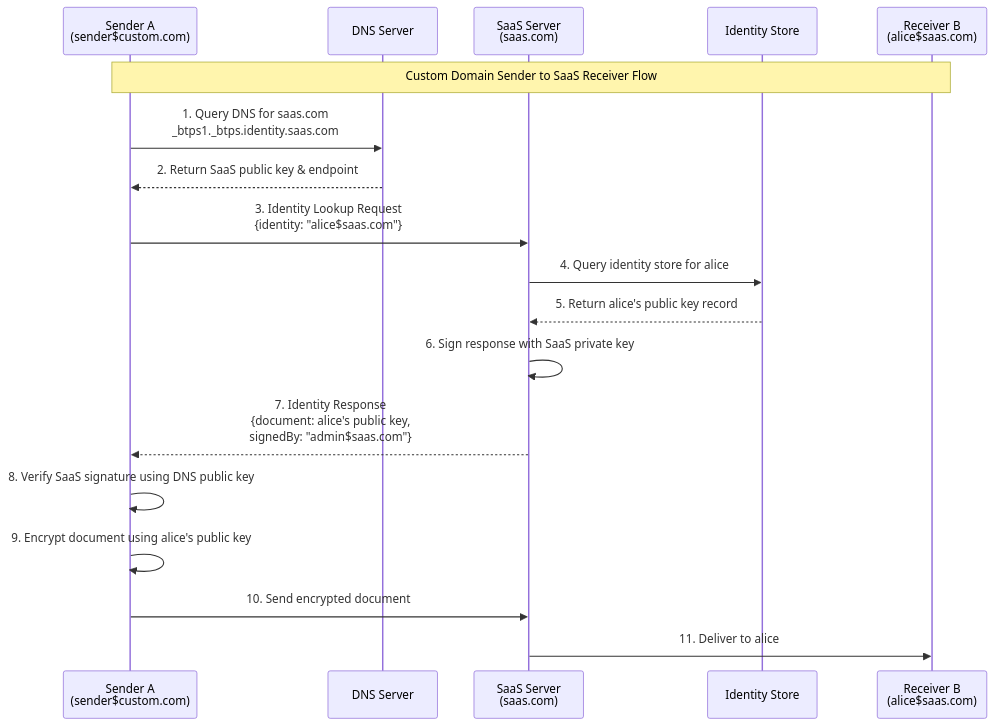
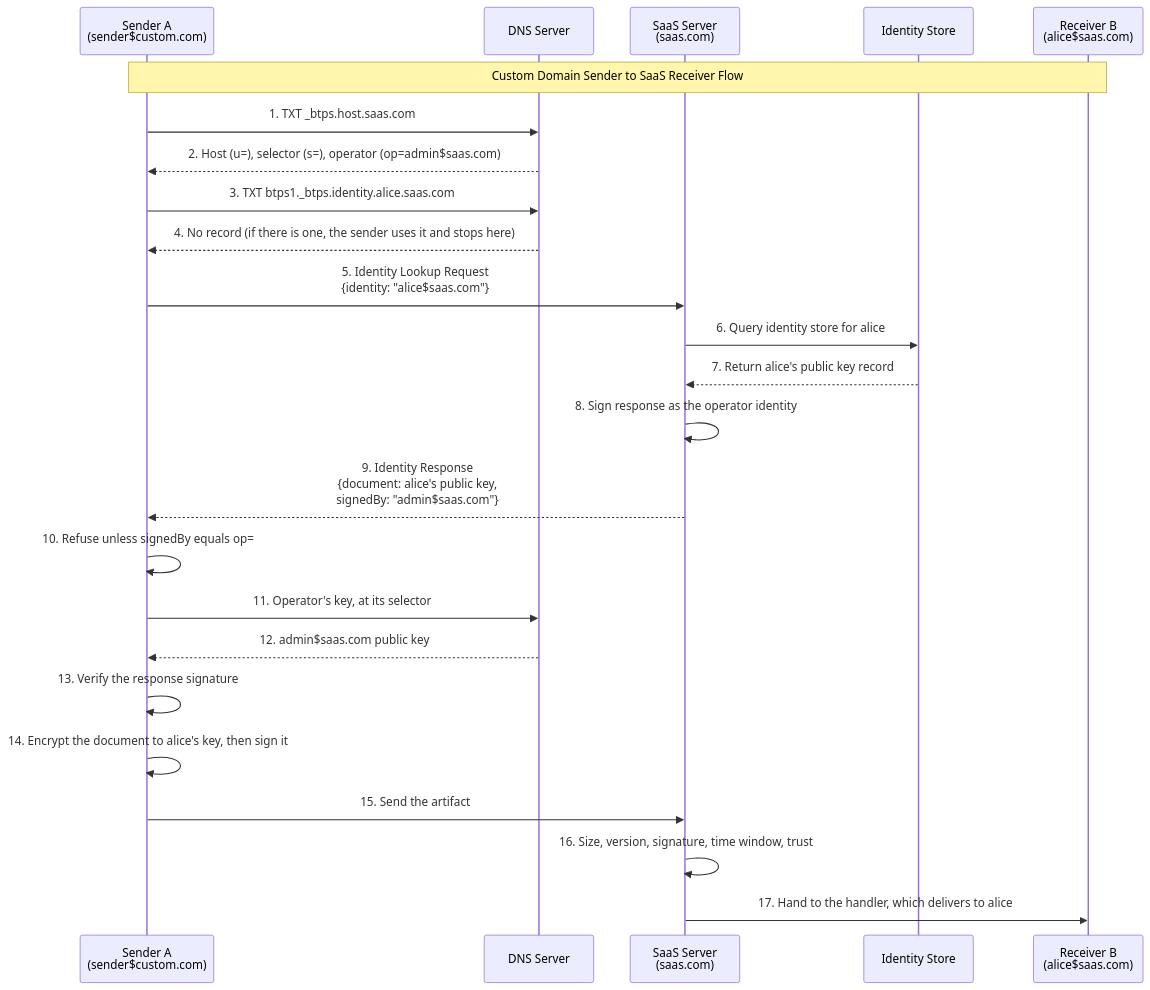
The first of 3 diagrams in docs/docusaurus/docs/protocol/identityRecord.md (openbtps/btps-node), drawn with Mermaid before and after one commit. The commit also changed other lines of this file and 26 other files, not shown here.

First line of the commit message:
Docs: bring every diagram in line with 1.1

````diff
--- a/docs/docusaurus/docs/protocol/identityRecord.md
+++ b/docs/docusaurus/docs/protocol/identityRecord.md
@@ -51,24 +51,30 @@
 ```mermaid
 sequenceDiagram
     participant SA as Sender A<br/>(sender$custom.com)
     participant DNS as DNS Server
     participant SS as SaaS Server<br/>(saas.com)
     participant IS as Identity Store
     participant RB as Receiver B<br/>(alice$saas.com)
 
     Note over SA,RB: Custom Domain Sender to SaaS Receiver Flow
 
-    SA->>DNS: 1. Query DNS for saas.com<br/>_btps1._btps.identity.saas.com
-    DNS-->>SA: 2. Return SaaS public key & endpoint
+    SA->>DNS: 1. TXT _btps.host.saas.com
+    DNS-->>SA: 2. Host (u=), selector (s=), operator (op=admin$saas.com)
+    SA->>DNS: 3. TXT btps1._btps.identity.alice.saas.com
+    DNS-->>SA: 4. No record (if there is one, the sender uses it and stops here)
 
-    SA->>SS: 3. Identity Lookup Request<br/>{identity: "alice$saas.com"}
-    SS->>IS: 4. Query identity store for alice
-    IS-->>SS: 5. Return alice's public key record
-    SS->>SS: 6. Sign response with SaaS private key
-    SS-->>SA: 7. Identity Response<br/>{document: alice's public key,<br/>signedBy: "admin$saas.com"}
+    SA->>SS: 5. Identity Lookup Request<br/>{identity: "alice$saas.com"}
+    SS->>IS: 6. Query identity store for alice
+    IS-->>SS: 7. Return alice's public key record
+    SS->>SS: 8. Sign response as the operator identity
+    SS-->>SA: 9. Identity Response<br/>{document: alice's public key,<br/>signedBy: "admin$saas.com"}
 
-    SA->>SA: 8. Verify SaaS signature using DNS public key
-    SA->>SA: 9. Encrypt document using alice's public key
-    SA->>SS: 10. Send encrypted document
-    SS->>RB: 11. Deliver to alice
+    SA->>SA: 10. Refuse unless signedBy equals op=
+    SA->>DNS: 11. Operator's key, at its selector
+    DNS-->>SA: 12. admin$saas.com public key
+    SA->>SA: 13. Verify the response signature
+    SA->>SA: 14. Encrypt the document to alice's key, then sign it
+    SA->>SS: 15. Send the artifact
+    SS->>SS: 16. Size, version, signature, time window, trust
+    SS->>RB: 17. Hand to the handler, which delivers to alice
 ```
````
